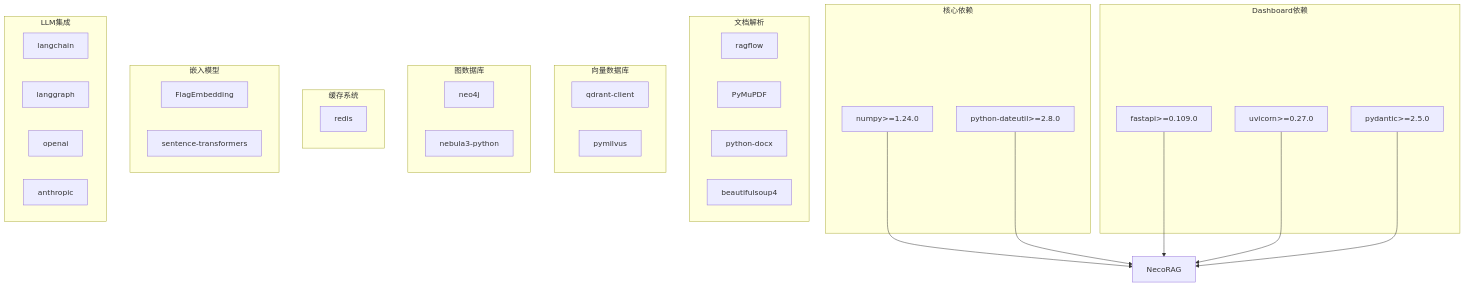
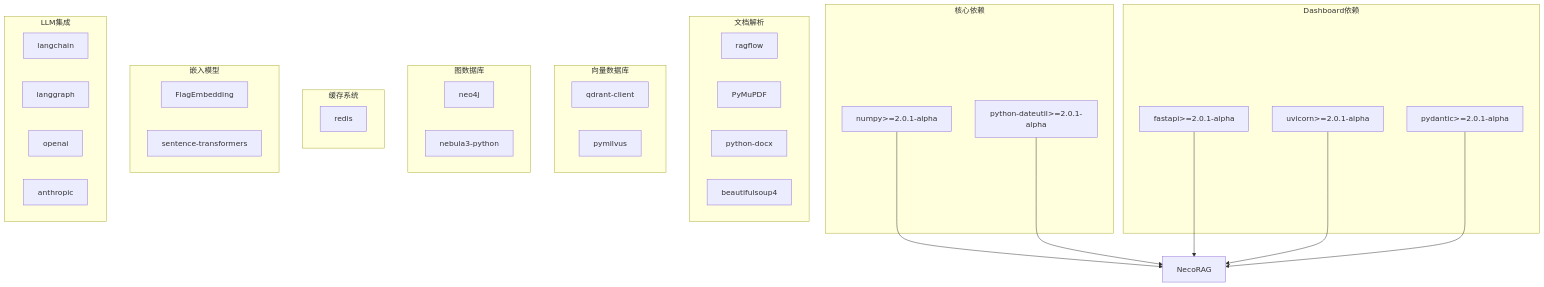
The eighth of 8 diagrams in wiki/wiki/项目概述/快速开始指南.md (JieGaoPrinceton/NecoRAG), drawn with Mermaid before and after one commit. The commit also changed other lines of this file and 82 other files, not shown here.

````diff
--- a/wiki/wiki/项目概述/快速开始指南.md
+++ b/wiki/wiki/项目概述/快速开始指南.md
@@ -435,44 +435,44 @@
 ```mermaid
 graph TB
 subgraph "核心依赖"
-A[numpy>=1.24.0]
-B[python-dateutil>=2.8.0]
+A[numpy>=2.0.1-alpha]
+B[python-dateutil>=2.0.1-alpha]
 end
 subgraph "Dashboard依赖"
-C[fastapi>=0.109.0]
-D[uvicorn>=0.27.0]
-E[pydantic>=2.5.0]
+C[fastapi>=2.0.1-alpha]
+D[uvicorn>=2.0.1-alpha]
+E[pydantic>=2.0.1-alpha]
 end
 subgraph "文档解析"
 F[ragflow]
 G[PyMuPDF]
 H[python-docx]
 I[beautifulsoup4]
 end
 subgraph "向量数据库"
 J[qdrant-client]
 K[pymilvus]
 end
 subgraph "图数据库"
 L[neo4j]
 M[nebula3-python]
 end
 subgraph "缓存系统"
 N[redis]
 end
 subgraph "嵌入模型"
 O[FlagEmbedding]
 P[sentence-transformers]
 end
 subgraph "LLM集成"
 Q[langchain]
 R[langgraph]
 S[openai]
 T[anthropic]
 end
 A --> U[NecoRAG]
 B --> U
 C --> U
 D --> U
 E --> U
 ```
````
